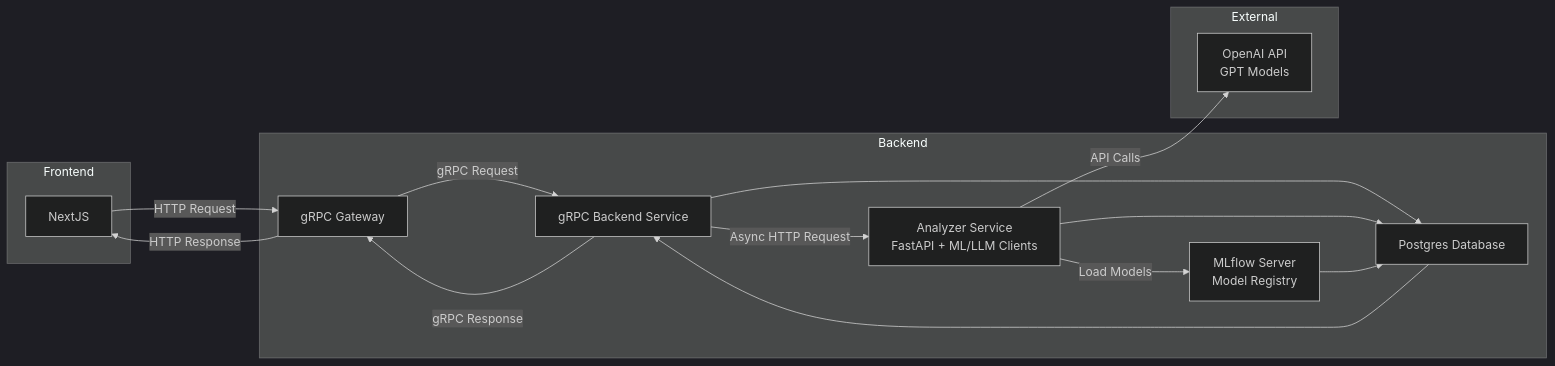
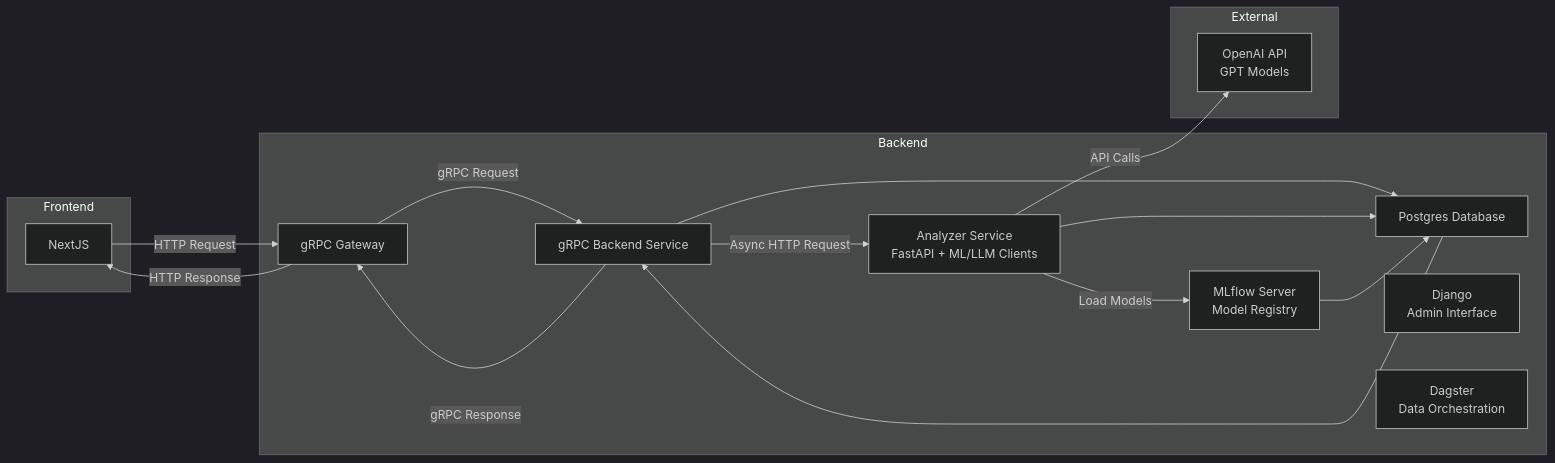
Before and after one commit to jyablonski/lotus: the diagram in README.md, drawn with Mermaid (dark theme). The commit also changed other lines of this file and 39 other files, not shown here.

````diff
--- a/README.md
+++ b/README.md
@@ -38,31 +39,33 @@
 ```mermaid
 graph LR
     A[NextJS] -->|HTTP Request| B[Go gRPC Gateway]
     B -->|gRPC Request| C[gRPC Backend Service]
     C --> D[Postgres Database]
     D --> C
     C -->|gRPC Response| B
     B -->|HTTP Response| A
 
     C -->|Async HTTP Request| E[Analyzer Service]
     E -->|Load Models| F[MLflow Server]
     E --> D
     F --> D
     E -->|API Calls| G[OpenAI API]
 
     subgraph Backend
         B[gRPC Gateway]
         C[gRPC Backend Service]
         D[Postgres Database]
         E[Analyzer Service<br/>FastAPI + ML/LLM Clients]
         F[MLflow Server<br/>Model Registry]
+        H[Django<br/>Admin Interface]
+        I[Dagster<br/>Data Orchestration]
     end
 
     subgraph Frontend
         A
     end
 
     subgraph External
         G[OpenAI API<br/>GPT Models]
     end
 ```
````
